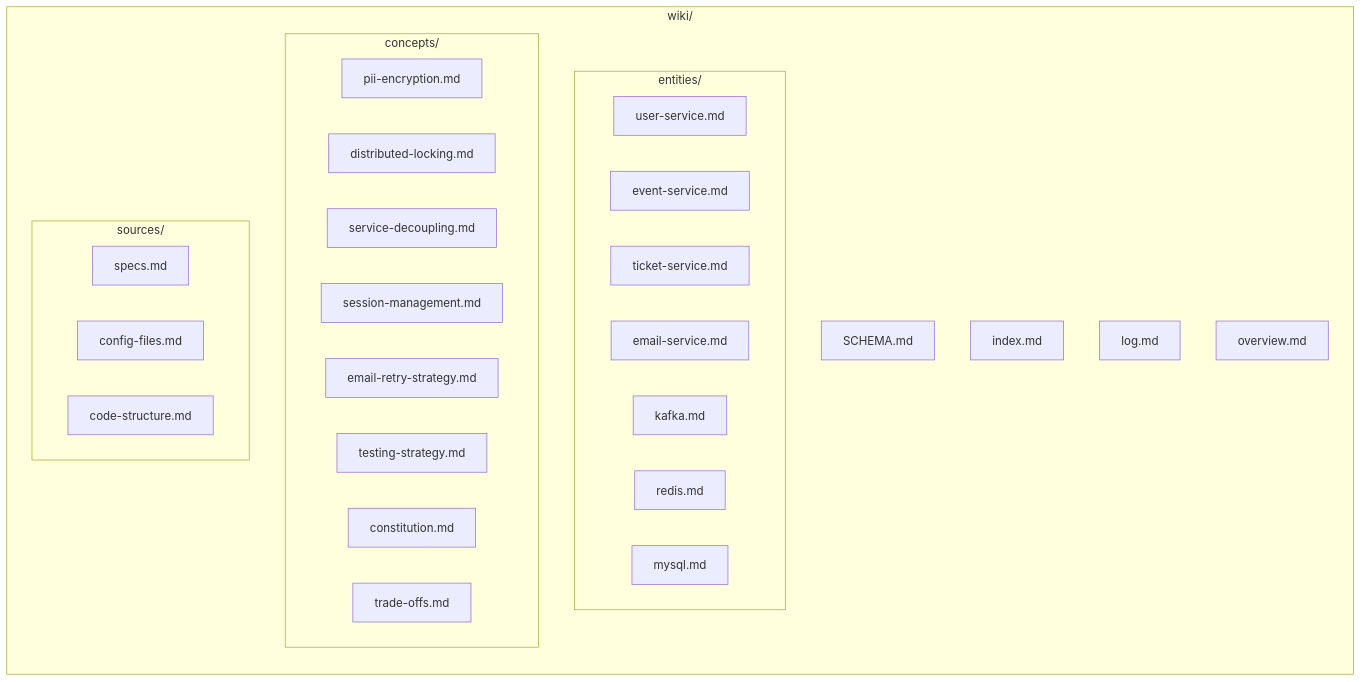
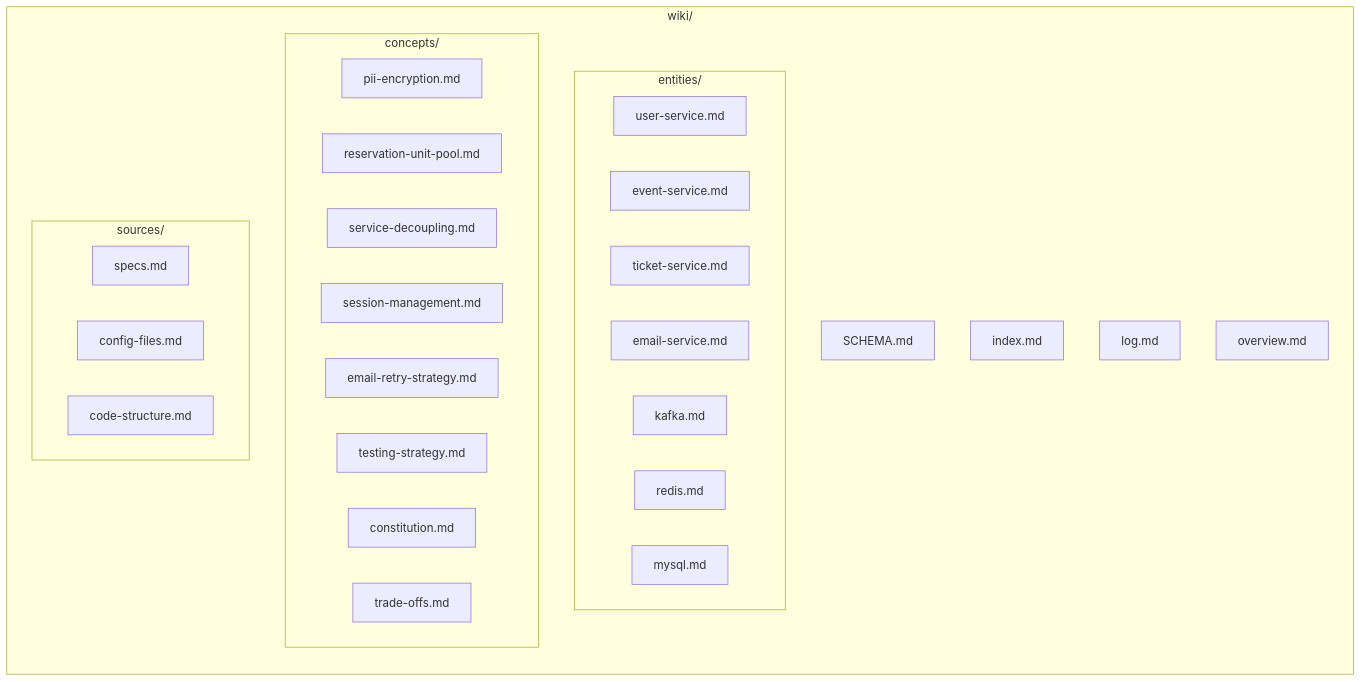
The diagram in wiki/SCHEMA.md (RyanOngWK/Event-Ticket-Booking-Platform), drawn with Mermaid before and after one commit. The commit also changed 42 other files, not shown here.

````diff
--- a/wiki/SCHEMA.md
+++ b/wiki/SCHEMA.md
@@ -9,34 +9,34 @@
 ```mermaid
 flowchart LR
     subgraph wiki["wiki/"]
         direction TB
         schema["SCHEMA.md"]
         index["index.md"]
         log["log.md"]
         overview["overview.md"]
         subgraph entities["entities/"]
             us["user-service.md"]
             es["event-service.md"]
             ts["ticket-service.md"]
             ems["email-service.md"]
             kf["kafka.md"]
             rd["redis.md"]
             my["mysql.md"]
         end
         subgraph concepts["concepts/"]
             c1["pii-encryption.md"]
-            c2["distributed-locking.md"]
+            c2["reservation-unit-pool.md"]
             c3["service-decoupling.md"]
             c4["session-management.md"]
             c5["email-retry-strategy.md"]
             c6["testing-strategy.md"]
             c7["constitution.md"]
             c8["trade-offs.md"]
         end
         subgraph sources["sources/"]
             s1["specs.md"]
             s2["config-files.md"]
             s3["code-structure.md"]
         end
     end
 ```
````
